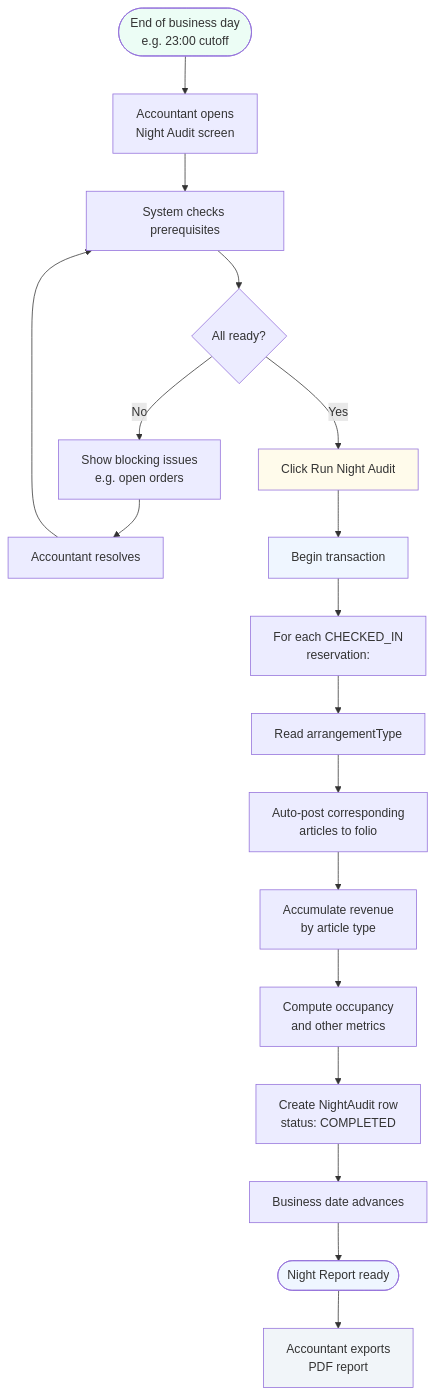
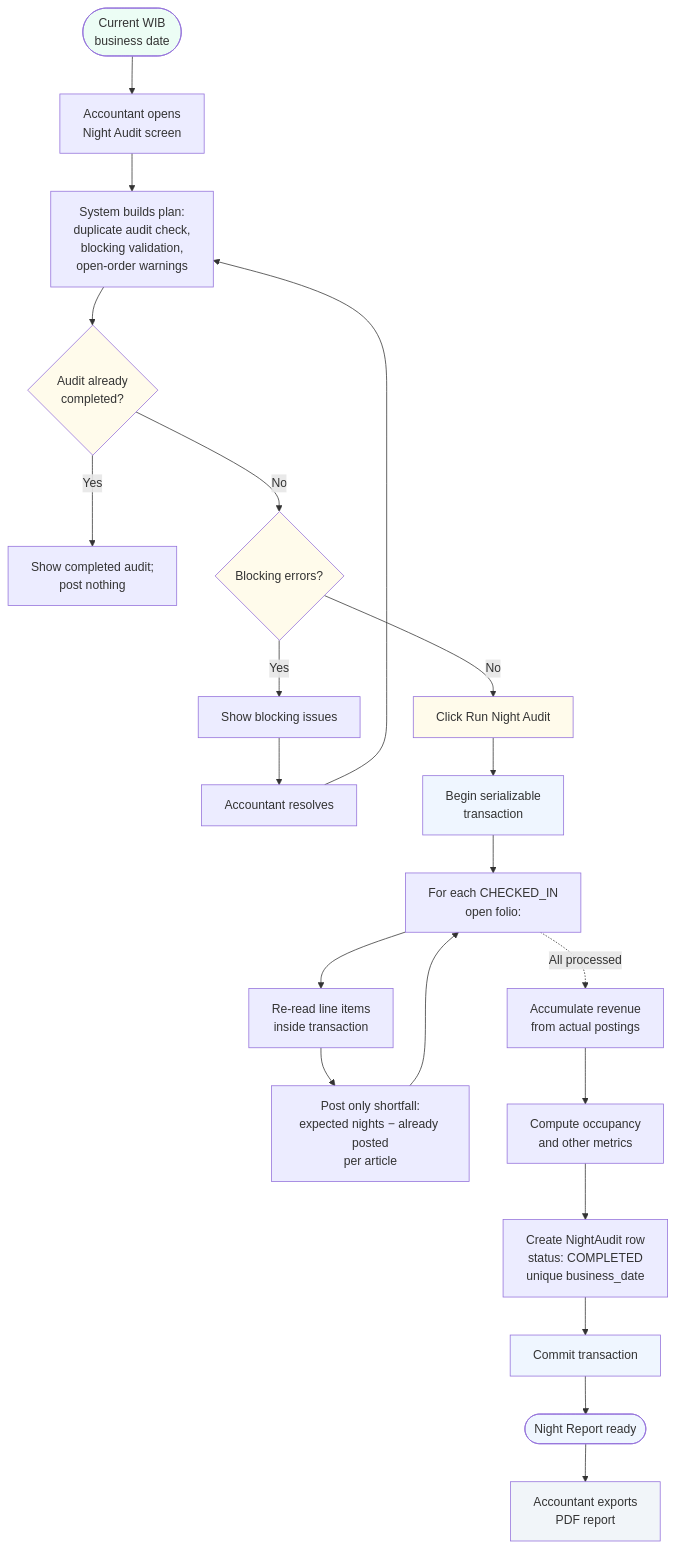
The eighth of 9 diagrams in docs/business_process_mvp.md (nurmareko/zadd-hotel-pms), drawn with Mermaid before and after one commit. The commit also changed other lines of this file and 3 other files, not shown here.

Commit message:
docs: align night-audit and checkout sections with shipped behavior

````diff
--- a/docs/business_process_mvp.md
+++ b/docs/business_process_mvp.md
@@ -291,27 +298,33 @@
 ```mermaid
 flowchart TD
-    A([End of business day<br/>e.g. 23:00 cutoff]) --> B[Accountant opens<br/>Night Audit screen]
-    B --> C[System checks prerequisites]
-    C --> D{All ready?}
-    D -->|No| E[Show blocking issues<br/>e.g. open orders]
-    E --> F[Accountant resolves]
-    F --> C
-    D -->|Yes| G[Click Run Night Audit]
+    A([Current WIB<br/>business date]) --> B[Accountant opens<br/>Night Audit screen]
+    B --> C[System builds plan:<br/>duplicate audit check,<br/>blocking validation,<br/>open-order warnings]
+    C --> D{Audit already<br/>completed?}
+    D -->|Yes| E[Show completed audit;<br/>post nothing]
+    D -->|No| F{Blocking errors?}
+    F -->|Yes| G[Show blocking issues]
+    G --> H[Accountant resolves]
+    H --> C
+    F -->|No| I[Click Run Night Audit]
 
-    G --> H[Begin transaction]
-    H --> I[For each CHECKED_IN<br/>reservation:]
-    I --> J[Read arrangementType]
-    J --> K[Auto-post corresponding<br/>articles to folio]
-    K --> L[Accumulate revenue<br/>by article type]
-    L --> M[Compute occupancy<br/>and other metrics]
-    M --> N[Create NightAudit row<br/>status: COMPLETED]
-    N --> O[Business date advances]
-    O --> P([Night Report ready])
-    P --> Q[Accountant exports<br/>PDF report]
+    I --> J[Begin serializable<br/>transaction]
+    J --> K[For each CHECKED_IN<br/>open folio:]
+    K --> L[Re-read line items<br/>inside transaction]
+    L --> M[Post only shortfall:<br/>expected nights − already posted<br/>per article]
+    M --> K
+    K -.->|All processed| N[Accumulate revenue<br/>from actual postings]
+    N --> O[Compute occupancy<br/>and other metrics]
+    O --> P[Create NightAudit row<br/>status: COMPLETED<br/>unique business_date]
+    P --> Q[Commit transaction]
+    Q --> R([Night Report ready])
+    R --> S[Accountant exports<br/>PDF report]
 
     style A fill:#ecfdf5
-    style G fill:#fffbeb
-    style H fill:#eff6ff
-    style P fill:#eff6ff
-    style Q fill:#f1f5f9
+    style D fill:#fffbeb
+    style F fill:#fffbeb
+    style I fill:#fffbeb
+    style J fill:#eff6ff
+    style Q fill:#eff6ff
+    style R fill:#eff6ff
+    style S fill:#f1f5f9
 ```
````
